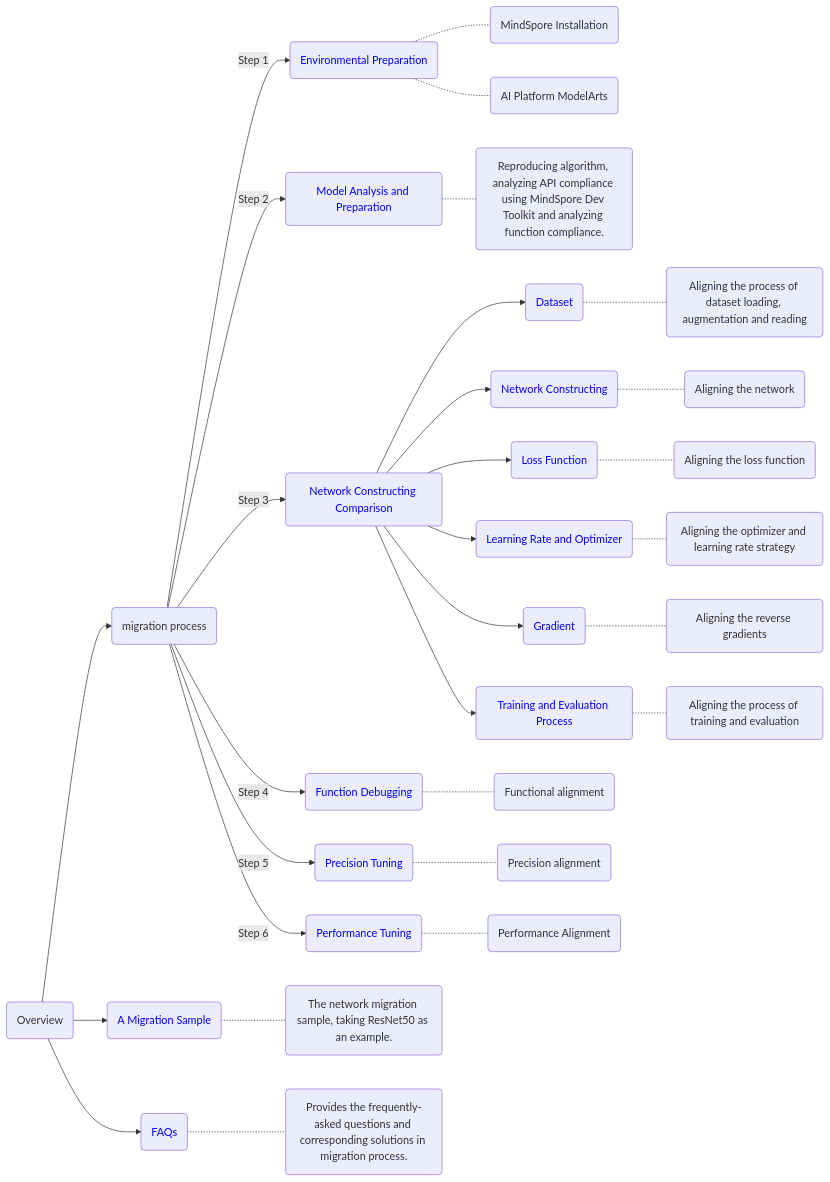
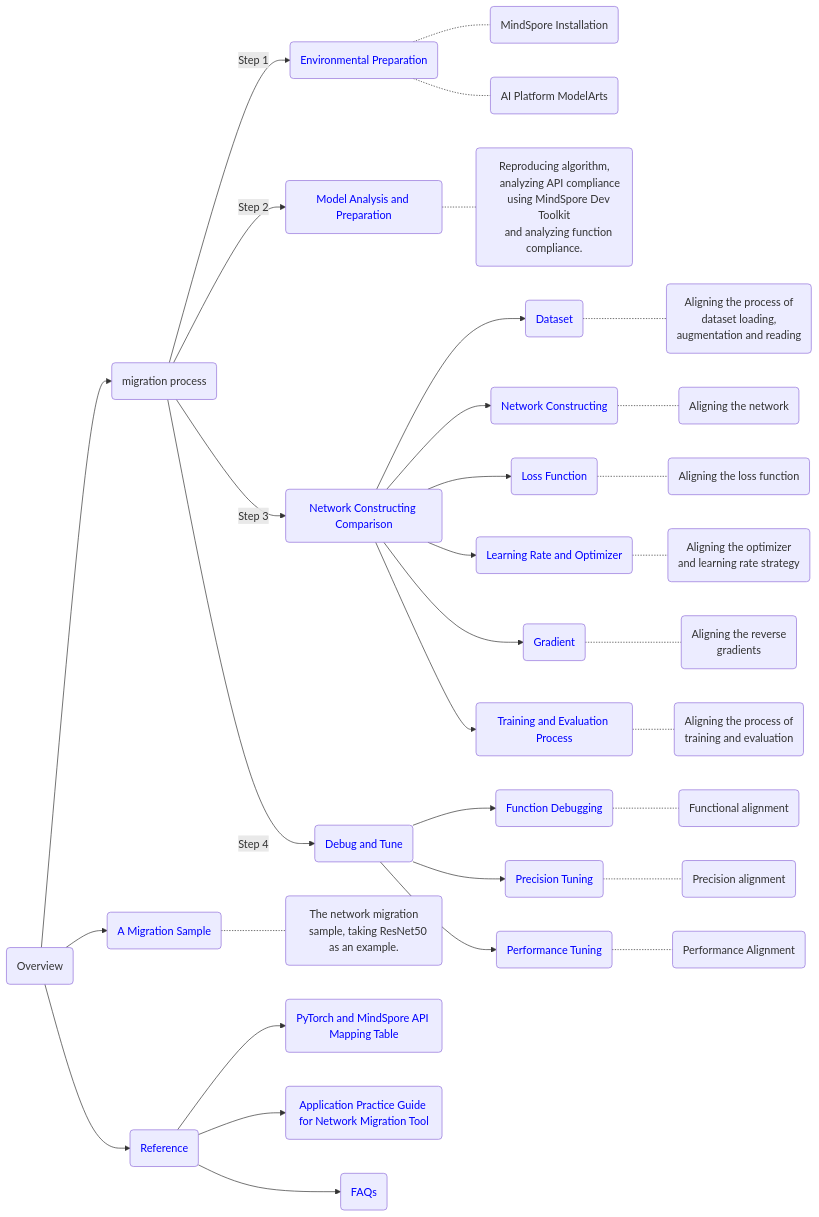
One commit to mindspore-ai/docs changed the diagram in docs/mindspore/source_en/migration_guide/overview.md. Above: the diagram before and after it, drawn with Mermaid. The commit also changed 20 other files, not shown here.

Commit message:
modify err format and mermaid

````diff
--- a/docs/mindspore/source_en/migration_guide/overview.md
+++ b/docs/mindspore/source_en/migration_guide/overview.md
@@ -7,49 +7,67 @@
 ```{mermaid}
-graph LR
-A(Overview)-->B(migration process)
-B-->|Step 1|E(<font color=blue>Environmental Preparation</font>)
-E-.-text1(MindSpore Installation)
-E-.-text2(AI Platform ModelArts)
-B-->|Step 2|F(<font color=blue>Model Analysis and Preparation</font>)
-F-.-text3(Reproducing algorithm, analyzing API compliance using MindSpore Dev Toolkit and analyzing function compliance.)
-B-->|Step 3|G(<font color=blue>Network Constructing Comparison</font>)
-G-->K(<font color=blue>Dataset</font>)
-K-.-text4(Aligning the process of dataset loading, augmentation and reading)
-G-->L(<font color=blue>Network Constructing</font>)
-L-.-text5(Aligning the network)
-G-->P(<font color=blue>Loss Function</font>)
-P-.-text6(Aligning the loss function)
-G-->M(<font color=blue>Learning Rate and Optimizer</font>)
-M-.-text7(Aligning the optimizer and learning rate strategy)
-G-->N(<font color=blue>Gradient</font>)
-N-.-text8(Aligning the reverse gradients)
-G-->O(<font color=blue>Training and Evaluation Process</font>)
-O-.-text9(Aligning the process of training and evaluation)
-B-->|Step 4|H(<font color=blue>Function Debugging</font>)
-H-.-text10(Functional alignment)
-B-->|Step 5|I(<font color=blue>Precision Tuning</font>)
-I-.-text11(Precision alignment)
-B-->|Step 6|J(<font color=blue>Performance Tuning</font>)
-J-.-text12(Performance Alignment)
-A-->C(<font color=blue>A Migration Sample</font>)
-C-.-text13(The network migration sample, taking ResNet50 as an example.)
-A-->D(<font color=blue>FAQs</font>)
-D-.-text14(Provides the frequently-asked questions and corresponding solutions in migration process.)
+flowchart LR
+    A(Overview)-->B(migration process)
+    B-->|Step 1|E(<font color=blue>Environmental Preparation</font>)
+    E-.-text1(MindSpore Installation)
+    E-.-text2(AI Platform ModelArts)
+    B-->|Step 2|F(<font color=blue>Model Analysis and Preparation</font>)
+    F-.-text3("Reproducing algorithm,
+    analyzing API compliance
+    using MindSpore Dev Toolkit
+    and analyzing function compliance.")
+    B-->|Step 3|G(<font color=blue>Network Constructing Comparison</font>)
+    G-->I(<font color=blue>Dataset</font>)
+    I-.-text4("Aligning the process of
+    dataset loading,
+    augmentation and reading")
+    G-->J(<font color=blue>Network Constructing</font>)
+    J-.-text5(Aligning the network)
+    G-->K(<font color=blue>Loss Function</font>)
+    K-.-text6(Aligning the loss function)
+    G-->L(<font color=blue>Learning Rate and Optimizer</font>)
+    L-.-text7("Aligning the optimizer
+    and learning rate strategy")
+    G-->M(<font color=blue>Gradient</font>)
+    M-.-text8("Aligning the reverse
+    gradients")
+    G-->N(<font color=blue>Training and Evaluation Process</font>)
+    N-.-text9("Aligning the process of
+    training and evaluation")
+    B-->|Step 4|H(<font color=blue>Debug and Tune</font>)
+    H-->O(<font color=blue>Function Debugging</font>)
+    O-.-text10(Functional alignment)
+    H-->P(<font color=blue>Precision Tuning</font>)
+    P-.-text11(Precision alignment)
+    H-->Q(<font color=blue>Performance Tuning</font>)
+    Q-.-text12(Performance Alignment)
+    A-->C(<font color=blue>A Migration Sample</font>)
+    C-.-text13("The network migration
+    sample, taking ResNet50 as an example.")
+    A-->D(<font color=blue>Reference</font>)
+    D-->R(<font color=blue>PyTorch and MindSpore API Mapping Table</font>)
+    D-->S(<font color=blue>Application Practice Guide for Network Migration Tool</font>)
+    D-->T(<font color=blue>FAQs</font>)
 
-click C "https://www.mindspore.cn/docs/en/r2.4.0/migration_guide/sample_code.html"
-click D "https://www.mindspore.cn/docs/en/r2.4.0/migration_guide/faq.html"
+    click C "https://www.mindspore.cn/docs/en/r2.4.0/migration_guide/sample_code.html"
+    click D "https://www.mindspore.cn/docs/en/r2.4.0/migration_guide/reference.html"
 
-click E "https://www.mindspore.cn/docs/en/r2.4.0/migration_guide/enveriment_preparation.html"
-click F "https://www.mindspore.cn/docs/en/r2.4.0/migration_guide/analysis_and_preparation.html"
-click G "https://www.mindspore.cn/docs/en/r2.4.0/migration_guide/model_development/model_development.html"
-click H "https://www.mindspore.cn/docs/en/r2.4.0/migration_guide/debug_and_tune.html#function-debugging"
-click I "https://www.mindspore.cn/docs/en/r2.4.0/migration_guide/debug_and_tune.html#precision-tuning"
-click J "https://www.mindspore.cn/docs/en/r2.4.0/migration_guide/debug_and_tune.html#performance-tuning"
+    click E "https://www.mindspore.cn/docs/en/r2.4.0/migration_guide/enveriment_preparation.html"
+    click F "https://www.mindspore.cn/docs/en/r2.4.0/migration_guide/analysis_and_preparation.html"
+    click G "https://www.mindspore.cn/docs/en/r2.4.0/migration_guide/model_development/model_development.html"
+    click H "https://www.mindspore.cn/docs/en/r2.4.0/migration_guide/debug_and_tune.html#debug-and-tune"
 
-click K "https://www.mindspore.cn/docs/en/r2.4.0/migration_guide/model_development/dataset.html"
-click L "https://www.mindspore.cn/docs/en/r2.4.0/migration_guide/model_development/model_and_cell.html"
-click M "https://www.mindspore.cn/docs/en/r2.4.0/migration_guide/model_development/learning_rate_and_optimizer.html"
-click N "https://www.mindspore.cn/docs/en/r2.4.0/migration_guide/model_development/gradient.html"
-click O "https://www.mindspore.cn/docs/en/r2.4.0/migration_guide/model_development/training_and_evaluation.html"
-click P "https://www.mindspore.cn/docs/en/r2.4.0/migration_guide/model_development/loss_function.html"
+    click I "https://www.mindspore.cn/docs/en/r2.4.0/migration_guide/model_development/dataset.html"
+    click J "https://www.mindspore.cn/docs/en/r2.4.0/migration_guide/model_development/model_and_cell.html"
+    click K "https://www.mindspore.cn/docs/en/r2.4.0/migration_guide/model_development/loss_function.html"
+    click L "https://www.mindspore.cn/docs/en/r2.4.0/migration_guide/model_development/learning_rate_and_optimizer.html"
+    click M "https://www.mindspore.cn/docs/en/r2.4.0/migration_guide/model_development/gradient.html"
+    click N "https://www.mindspore.cn/docs/en/r2.4.0/migration_guide/model_development/training_and_evaluation.html"
+
+    click O "https://www.mindspore.cn/docs/en/r2.4.0/migration_guide/debug_and_tune.html#function-debugging"
+    click P "https://www.mindspore.cn/docs/en/r2.4.0/migration_guide/debug_and_tune.html#precision-tuning"
+    click Q "https://www.mindspore.cn/docs/en/r2.4.0/migration_guide/debug_and_tune.html#performance-tuning"
+
+    click R "https://www.mindspore.cn/docs/en/r2.4.0/note/api_mapping/pytorch_api_mapping.html"
+    click S "https://www.mindspore.cn/docs/en/r2.4.0/migration_guide/migrator_with_tools.html"
+    click T "https://www.mindspore.cn/docs/en/r2.4.0/migration_guide/faq.html"
 ```
````
